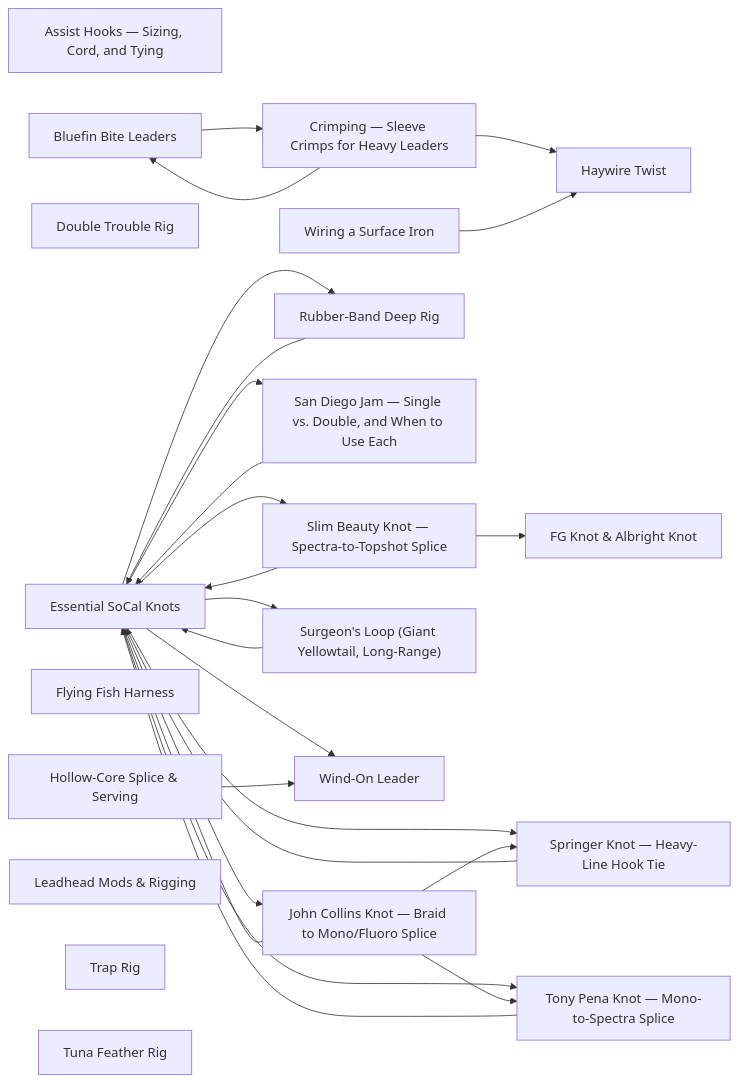
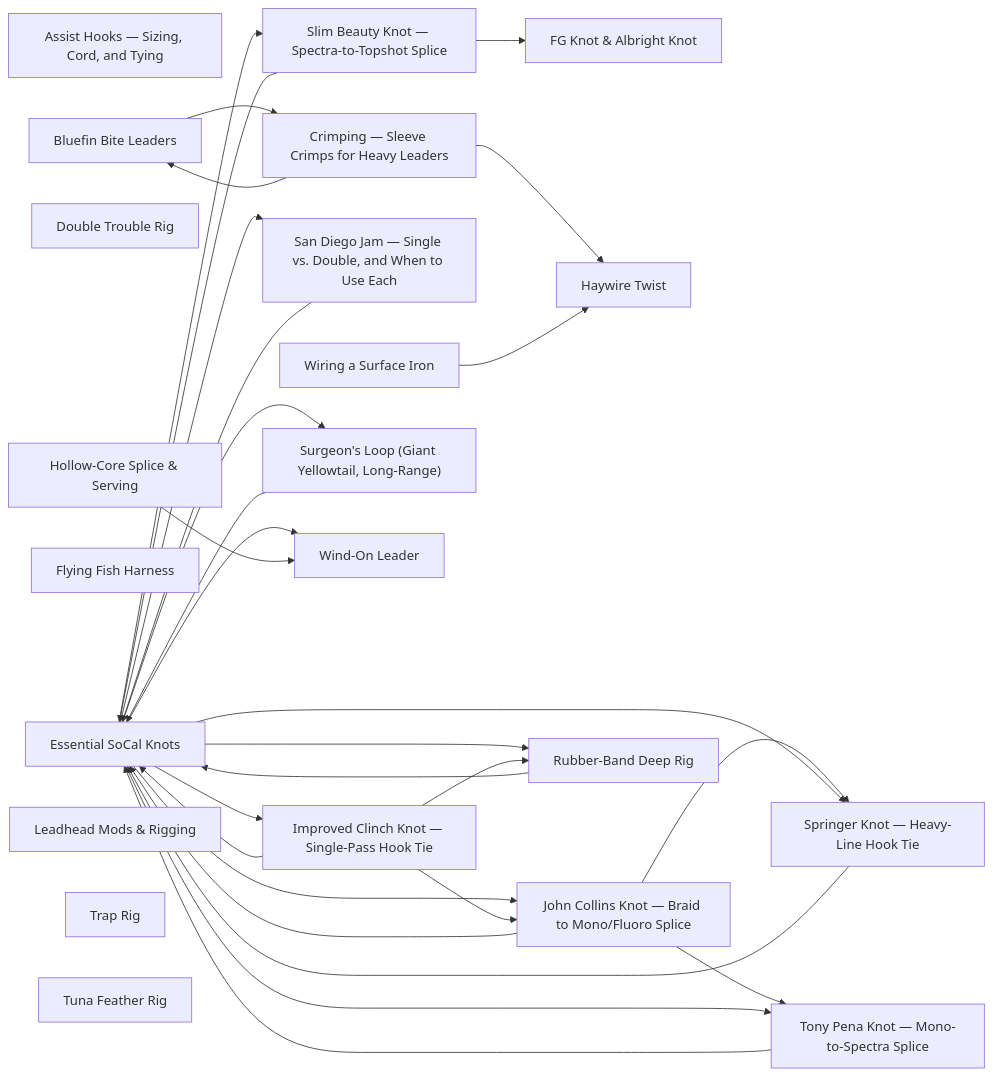
One commit to camchuckpete-max/Socal-Fishing-Knowledge changed the diagram in rigging/README.md. Above: the diagram before and after it, drawn with Mermaid. The commit also changed other lines of this file and 11 other files, not shown here.

````diff
--- a/rigging/README.md
+++ b/rigging/README.md
@@ -34,47 +35,52 @@
 ```mermaid
 graph LR
   n0["Assist Hooks — Sizing, Cord, and Tying"]
   n1["Bluefin Bite Leaders"]
   n2["Crimping — Sleeve Crimps for Heavy Leaders"]
   n3["Double Trouble Rig"]
   n4["Essential SoCal Knots"]
   n5["FG Knot & Albright Knot"]
   n6["Flying Fish Harness"]
   n7["Haywire Twist"]
   n8["Hollow-Core Splice & Serving"]
-  n9["John Collins Knot — Braid to Mono/Fluoro Splice"]
-  n10["Leadhead Mods & Rigging"]
-  n11["Rubber-Band Deep Rig"]
-  n12["San Diego Jam — Single vs. Double, and When to Use Each"]
-  n13["Slim Beauty Knot — Spectra-to-Topshot Splice"]
-  n14["Springer Knot — Heavy-Line Hook Tie"]
-  n15["Surgeon's Loop (Giant Yellowtail, Long-Range)"]
-  n16["Tony Pena Knot — Mono-to-Spectra Splice"]
-  n17["Trap Rig"]
-  n18["Tuna Feather Rig"]
-  n19["Wind-On Leader"]
-  n20["Wiring a Surface Iron"]
+  n9["Improved Clinch Knot — Single-Pass Hook Tie"]
+  n10["John Collins Knot — Braid to Mono/Fluoro Splice"]
+  n11["Leadhead Mods & Rigging"]
+  n12["Rubber-Band Deep Rig"]
+  n13["San Diego Jam — Single vs. Double, and When to Use Each"]
+  n14["Slim Beauty Knot — Spectra-to-Topshot Splice"]
+  n15["Springer Knot — Heavy-Line Hook Tie"]
+  n16["Surgeon's Loop (Giant Yellowtail, Long-Range)"]
+  n17["Tony Pena Knot — Mono-to-Spectra Splice"]
+  n18["Trap Rig"]
+  n19["Tuna Feather Rig"]
+  n20["Wind-On Leader"]
+  n21["Wiring a Surface Iron"]
   n1 --> n2
-  n11 --> n4
+  n10 --> n15
+  n10 --> n17
+  n10 --> n4
   n12 --> n4
   n13 --> n4
-  n13 --> n5
   n14 --> n4
+  n14 --> n5
   n15 --> n4
   n16 --> n4
+  n17 --> n4
   n2 --> n1
   n2 --> n7
-  n20 --> n7
-  n4 --> n11
+  n21 --> n7
+  n4 --> n10
   n4 --> n12
   n4 --> n13
   n4 --> n14
   n4 --> n15
   n4 --> n16
-  n4 --> n19
+  n4 --> n17
+  n4 --> n20
   n4 --> n9
-  n8 --> n19
-  n9 --> n14
-  n9 --> n16
+  n8 --> n20
+  n9 --> n10
+  n9 --> n12
   n9 --> n4
 ```
````
